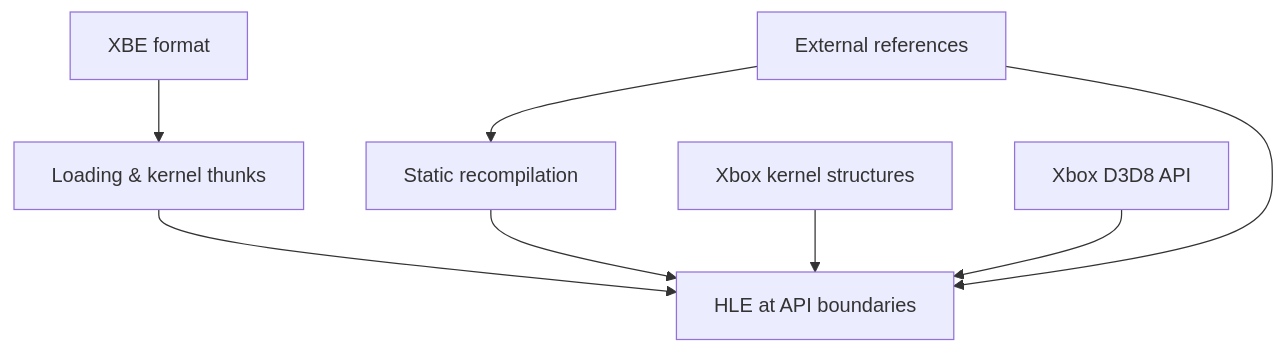
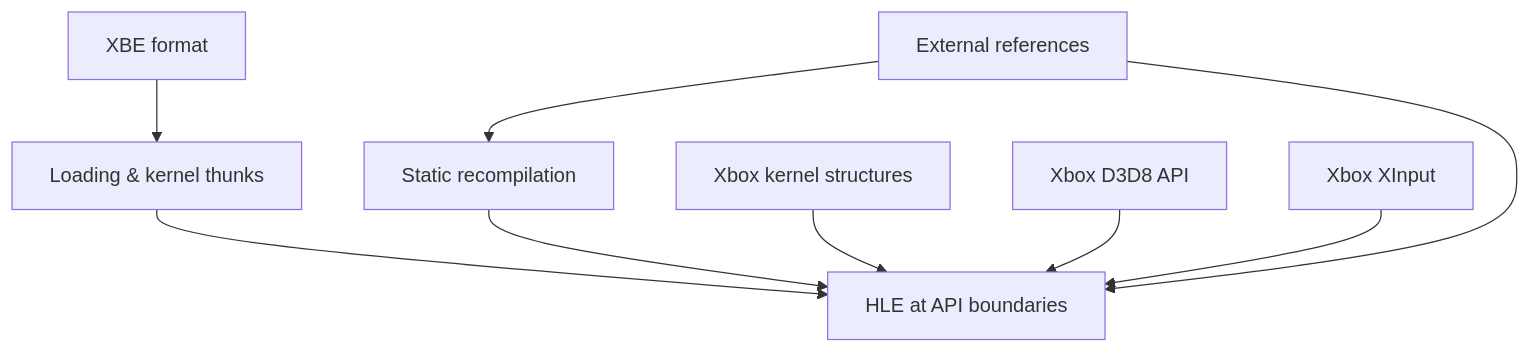
Before and after one commit to nworkers/reJSRF: the diagram in docs/kb/README.md, drawn with Mermaid. The commit also changed other lines of this file and 36 other files, not shown here.

First line of the commit message:
v0.0.6: XInput HLE on SDL3 input; disassembler and kernel fixes (#16)

````diff
--- a/docs/kb/README.md
+++ b/docs/kb/README.md
@@ -5,10 +5,11 @@
 ```mermaid
 flowchart TD
     XBE["XBE format"] --> LOAD["Loading & kernel thunks"]
     RECOMP["Static recompilation"] --> HLE["HLE at API boundaries"]
     LOAD --> HLE
     REFS["External references"] --> RECOMP
     REFS --> HLE
     KSTRUCT["Xbox kernel structures"] --> HLE
     D3D["Xbox D3D8 API"] --> HLE
+    XIN["Xbox XInput"] --> HLE
 ```
````
